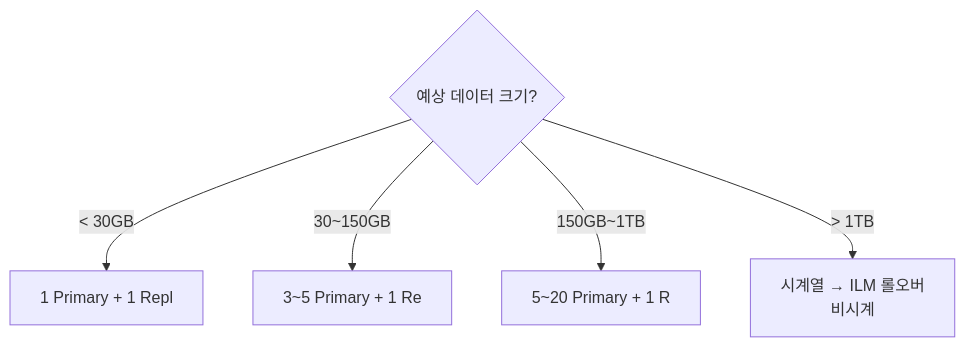
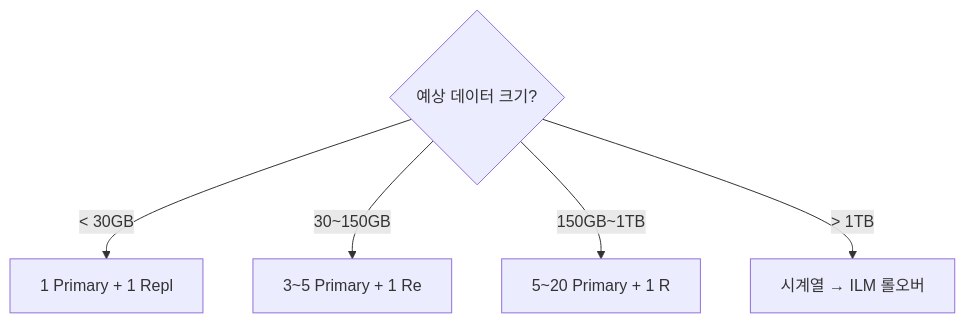
Before and after one commit to yjkim2015/yjkim2015.github.io: the sixth of 7 diagrams in _posts/nosql/2026-05-03-elasticsearch-deep.md, drawn with Mermaid. The commit also changed other lines of this file and 217 other files, not shown here.

First line of the commit message:
Mermaid 크기 수정: useMaxWidth:true + SVG max-width:100% + 라벨 축소

````diff
--- a/_posts/nosql/2026-05-03-elasticsearch-deep.md
+++ b/_posts/nosql/2026-05-03-elasticsearch-deep.md
@@ -519,7 +519,7 @@
 ```mermaid
 flowchart TD
     Q1{"예상 데이터 크기?"} --> |"< 30GB"| S1["1 Primary + 1 Repl"]
     Q1 --> |"30~150GB"| S3["3~5 Primary + 1 Re"]
     Q1 --> |"150GB~1TB"| S10["5~20 Primary + 1 R"]
-    Q1 --> |"> 1TB"| ILM["시계열 → ILM 롤오버\n비시계"]
+    Q1 --> |"> 1TB"| ILM["시계열 → ILM 롤오버"]
 ```
````
